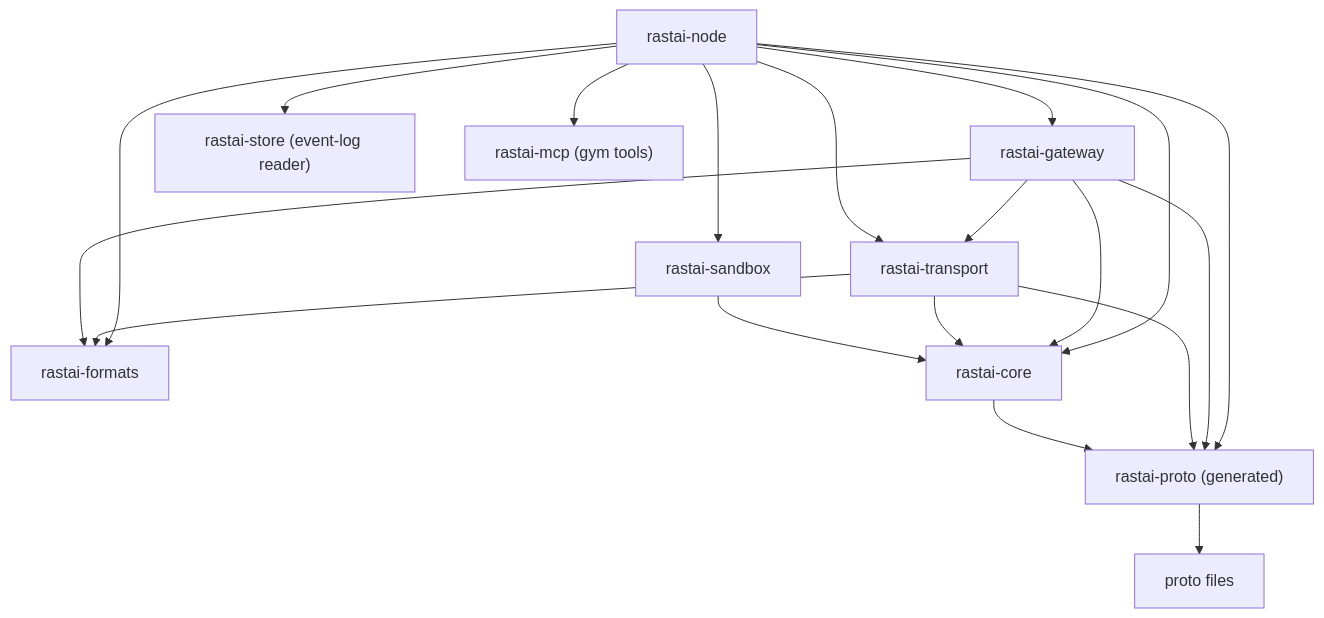
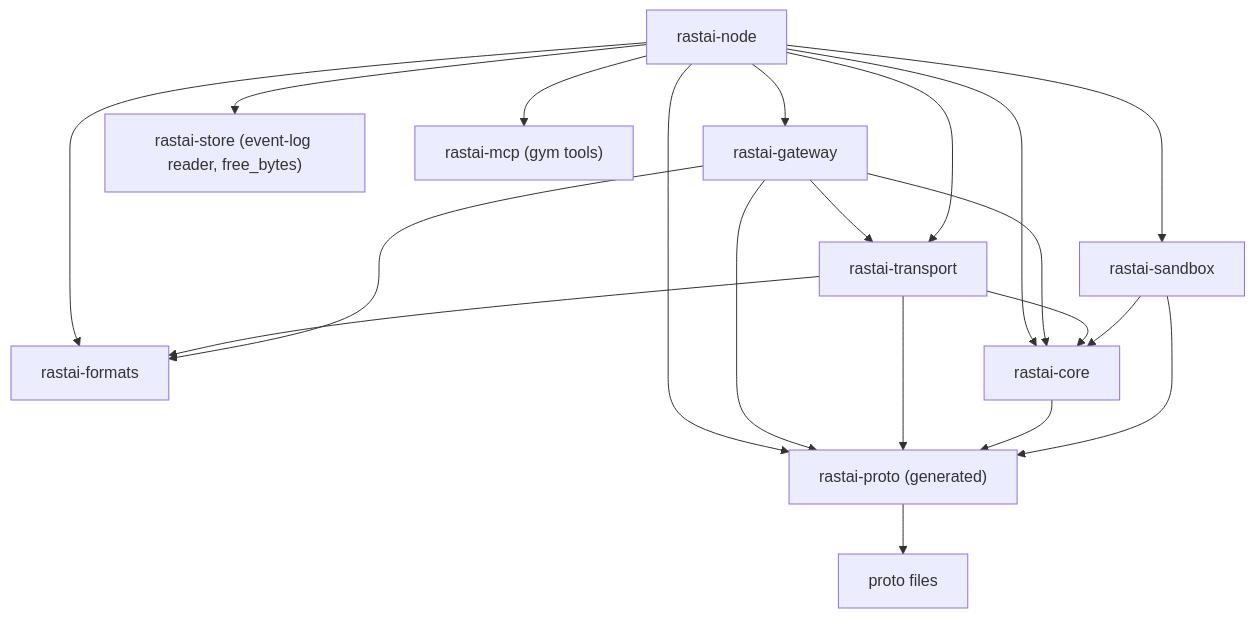
Before and after one commit to Snubiss/RASTAI-Research-Studio: the first of 9 diagrams in docs/architecture/layout/rust-node-gateway-proto.md, drawn with Mermaid. The commit also changed other lines of this file and 44 other files, not shown here.

````diff
--- a/docs/architecture/layout/rust-node-gateway-proto.md
+++ b/docs/architecture/layout/rust-node-gateway-proto.md
@@ -27,21 +34,22 @@
 ```mermaid
 flowchart TD
   NODE["rastai-node"] --> GW["rastai-gateway"]
   NODE --> SBX["rastai-sandbox"]
   NODE --> TR["rastai-transport"]
-  NODE --> STORE["rastai-store (event-log reader)"]
+  NODE --> STORE["rastai-store (event-log reader, free_bytes)"]
   NODE --> MCP["rastai-mcp (gym tools)"]
   GW --> TR
   GW --> FMT["rastai-formats"]
   TR --> FMT
   NODE --> FMT
   SBX --> CORE["rastai-core"]
+  SBX --> PROTO
   TR --> CORE
   GW --> CORE
   NODE --> CORE
   CORE --> PROTO["rastai-proto (generated)"]
   TR --> PROTO
   GW --> PROTO
   NODE --> PROTO
   PROTO --> PROTOFILES["proto files"]
 ```
````
